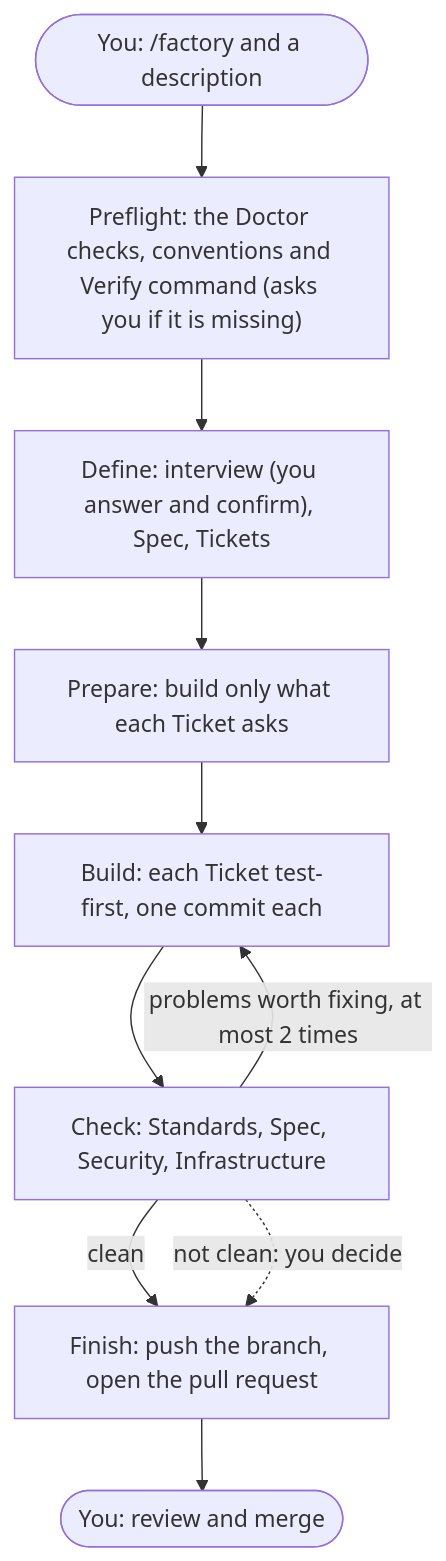
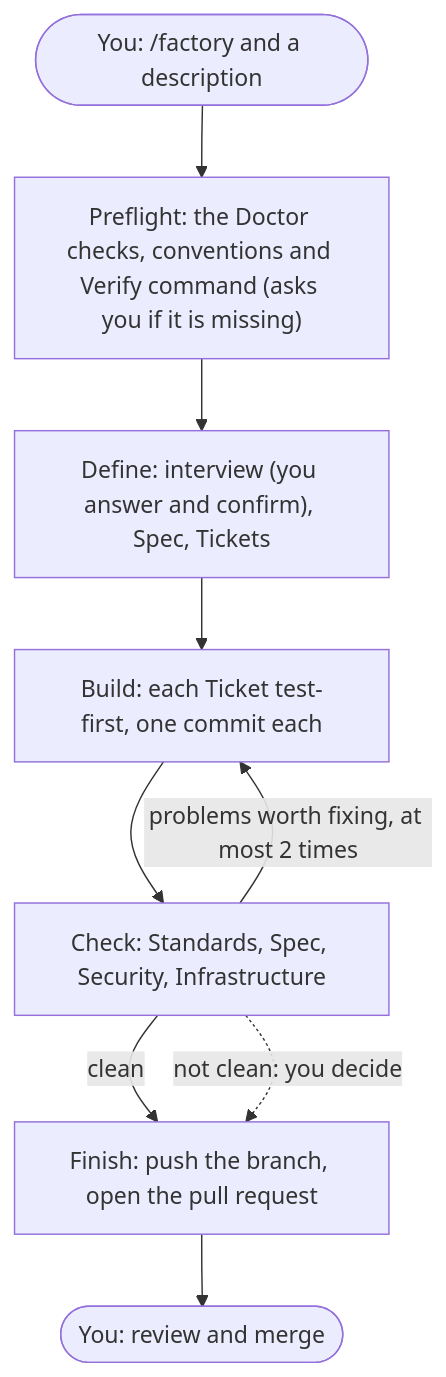
Before and after one commit to TDSchreur/tds-factory: the first of 3 diagrams in docs/usage.md, drawn with Mermaid. The commit also changed other lines of this file and 18 other files, not shown here.

````diff
--- a/docs/usage.md
+++ b/docs/usage.md
@@ -7,12 +7,11 @@
 ```mermaid
 flowchart TB
     start(["You: /factory and a description"]) --> pre["Preflight: the Doctor checks, conventions and Verify command (asks you if it is missing)"]
     pre --> define["Define: interview (you answer and confirm), Spec, Tickets"]
-    define --> prepare["Prepare: build only what each Ticket asks"]
-    prepare --> build["Build: each Ticket test-first, one commit each"]
+    define --> build["Build: each Ticket test-first, one commit each"]
     build --> check["Check: Standards, Spec, Security, Infrastructure"]
     check -->|"problems worth fixing, at most 2 times"| build
     check -->|"clean"| finish["Finish: push the branch, open the pull request"]
     check -.->|"not clean: you decide"| finish
     finish --> review(["You: review and merge"])
 ```
````
